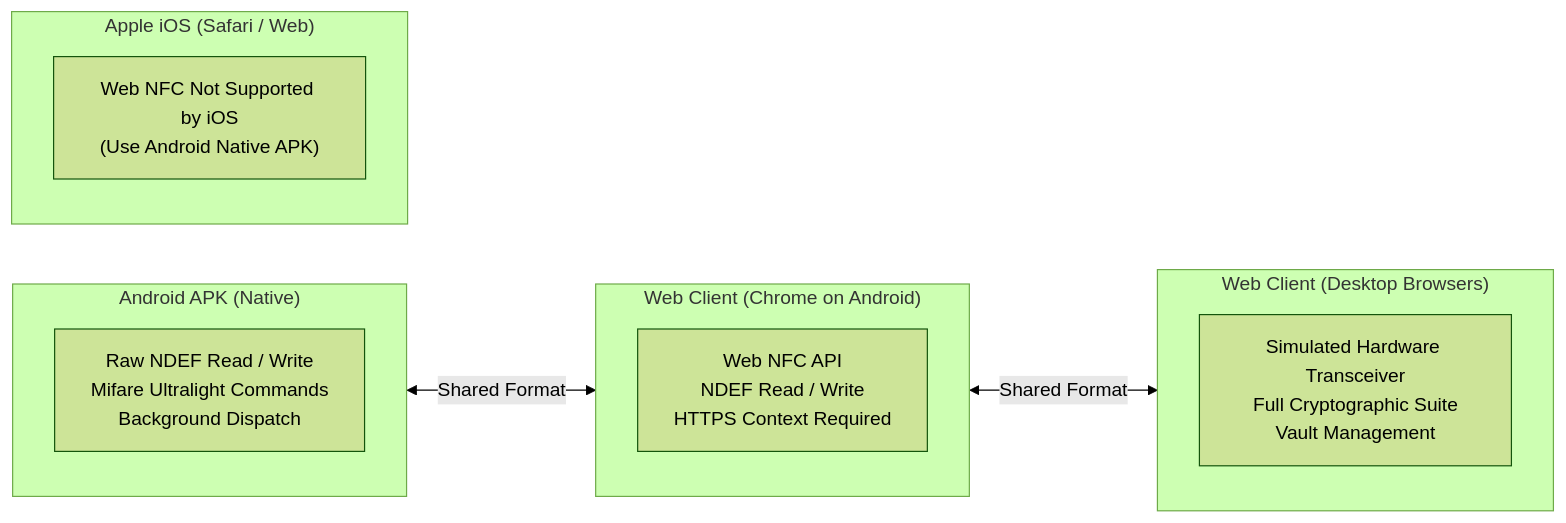
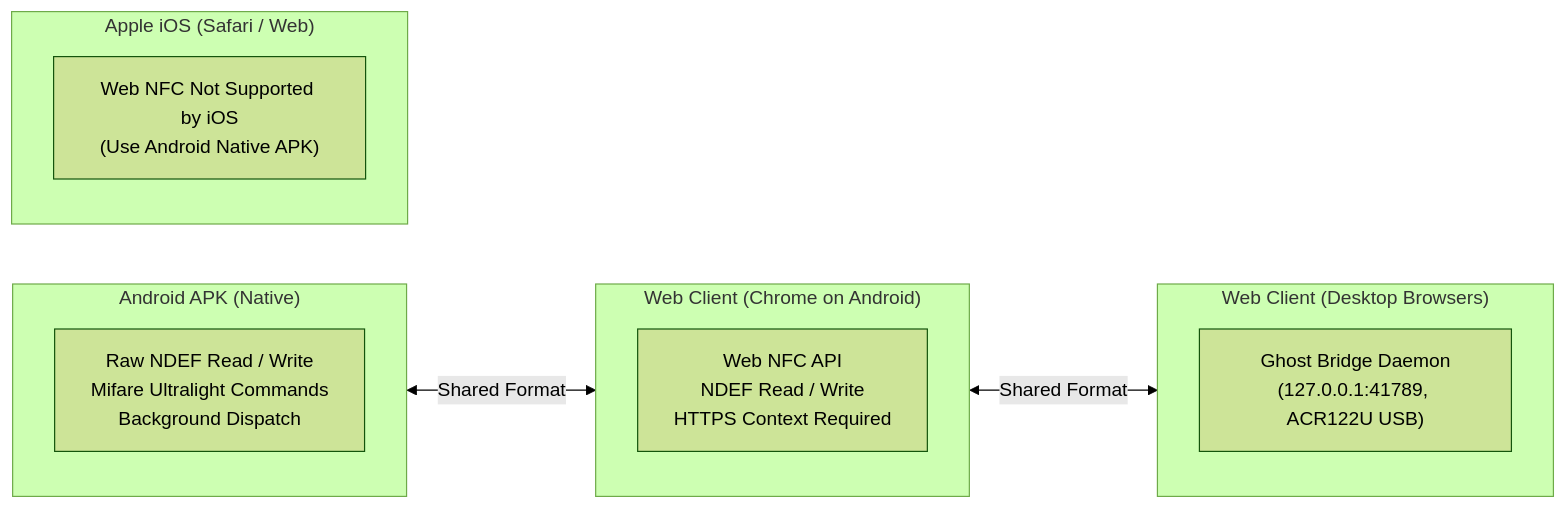
The sixth of 6 diagrams in README.md (FROSTY-MUG/Ghost-Tag), drawn with Mermaid (forest theme) before and after one commit. The commit also changed other lines of this file and 6 other files, not shown here.

````diff
--- a/README.md
+++ b/README.md
@@ -233,21 +233,21 @@
 ```mermaid
 flowchart LR
     subgraph AndroidNative["Android APK (Native)"]
         FullNFC["Raw NDEF Read / Write<br/>Mifare Ultralight Commands<br/>Background Dispatch"]
     end
 
     subgraph WebChromeAndroid["Web Client (Chrome on Android)"]
         WebNFC["Web NFC API<br/>NDEF Read / Write<br/>HTTPS Context Required"]
     end
 
     subgraph WebDesktop["Web Client (Desktop Browsers)"]
-        SimMode["Simulated Hardware Transceiver<br/>Full Cryptographic Suite<br/>Vault Management"]
+        GhostBridge["Ghost Bridge Daemon<br/>(127.0.0.1:41789, ACR122U USB)"]
     end
 
     subgraph AppleiOS["Apple iOS (Safari / Web)"]
         NoWebNFC["Web NFC Not Supported by iOS<br/>(Use Android Native APK)"]
     end
 
     AndroidNative <-->|Shared Format| WebChromeAndroid
     WebChromeAndroid <-->|Shared Format| WebDesktop
 ```
````
